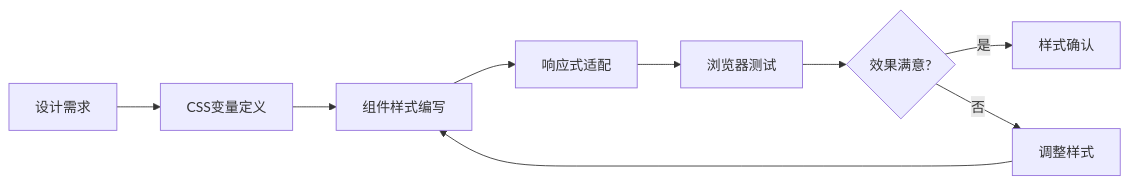
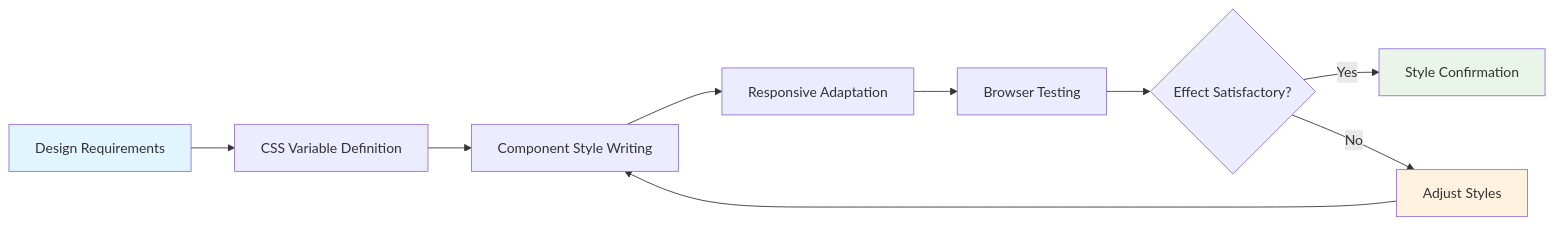
One commit to ChanMeng666/ai-programming-teaching-project changed the sixth of 10 diagrams in versioned_docs/version-2024-winter/tutorials/docusaurus-tutorial.mdx. Above: the diagram before and after it, drawn with Mermaid. The commit also changed other lines of this file and 472 other files, not shown here.

````diff
--- a/versioned_docs/version-2024-winter/tutorials/docusaurus-tutorial.mdx
+++ b/versioned_docs/version-2024-winter/tutorials/docusaurus-tutorial.mdx
@@ -495,11 +530,15 @@
 ```mermaid
 graph LR
-    A[设计需求] --> B[CSS变量定义]
-    B --> C[组件样式编写]
-    C --> D[响应式适配]
-    D --> E[浏览器测试]
-    E --> F{效果满意?}
-    F -->|是| G[样式确认]
-    F -->|否| H[调整样式]
+    A[Design Requirements] --> B[CSS Variable Definition]
+    B --> C[Component Style Writing]
+    C --> D[Responsive Adaptation]
+    D --> E[Browser Testing]
+    E --> F{Effect Satisfactory?}
+    F -->|Yes| G[Style Confirmation]
+    F -->|No| H[Adjust Styles]
     H --> C
+
+    style A fill:#e1f5fe
+    style G fill:#e8f5e8
+    style H fill:#fff3e0
 ```
````
